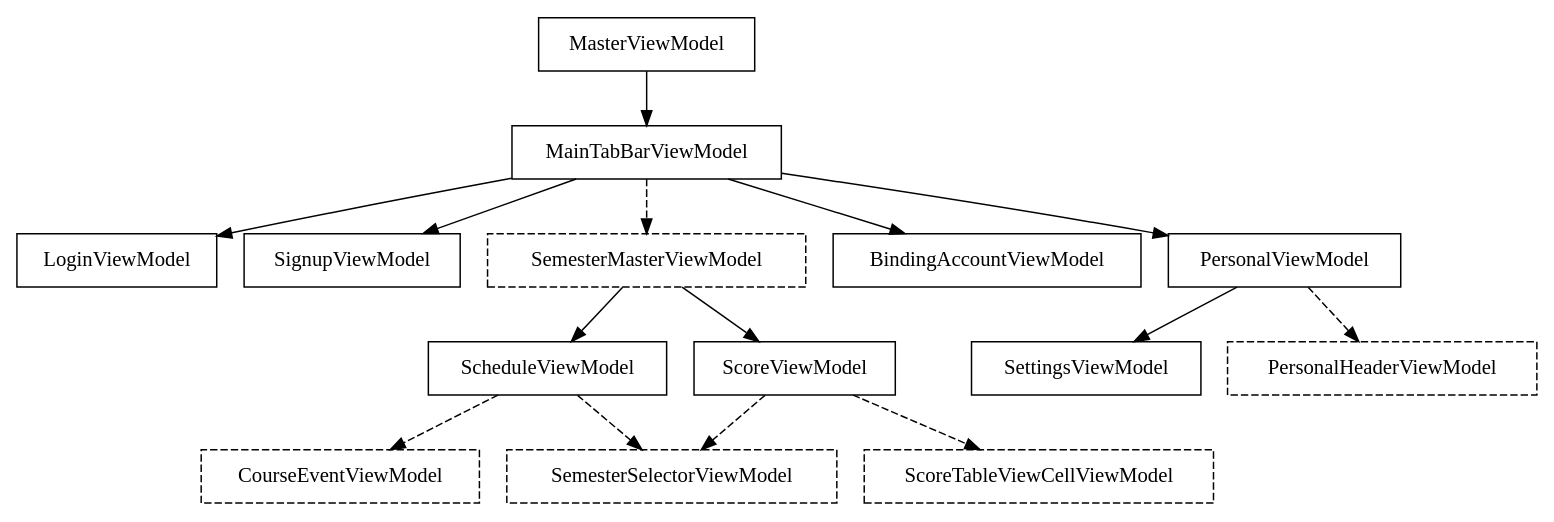
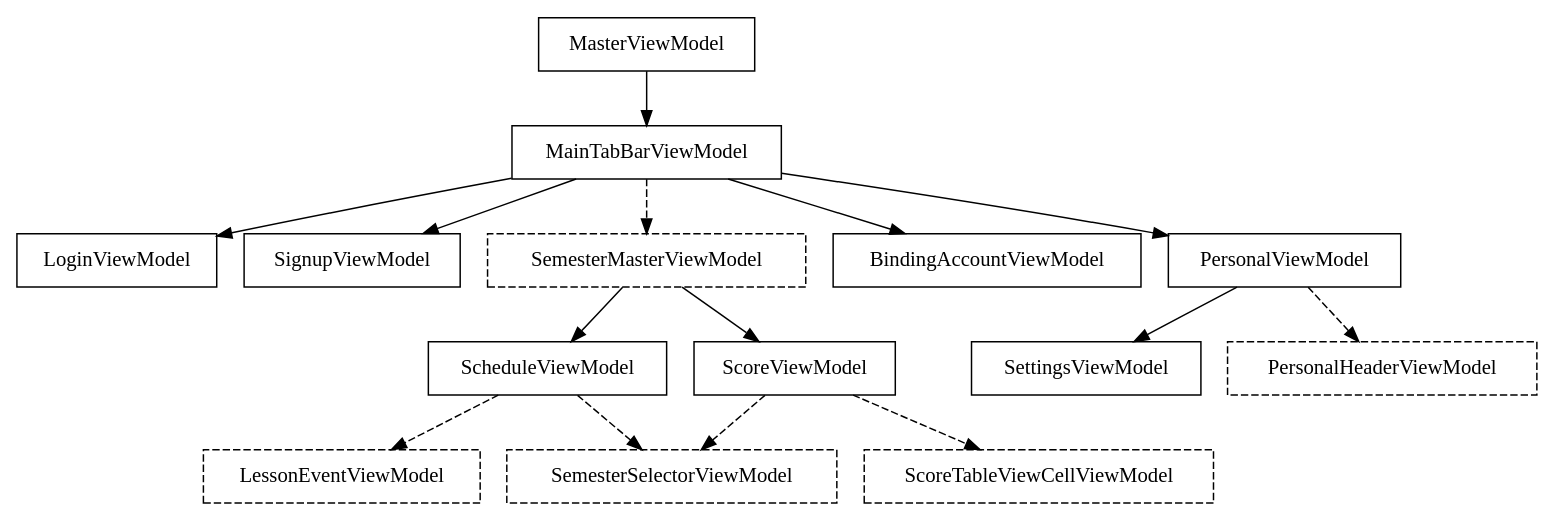
One commit to ty0x2333/XujcClient-iOS changed the diagram in Graphviz/ViewModel.dot. Above: the diagram before and after it, drawn with Graphviz. The commit also changed 17 other files, not shown here.

Commit message:
M rename Course to Lesson

```diff
--- a/Graphviz/ViewModel.dot
+++ b/Graphviz/ViewModel.dot
@@ -1,29 +1,29 @@
 digraph ViewModel{
 	node[shape = record];
 
 	MasterViewModel->MainTabBarViewModel;
 
 	MainTabBarViewModel->LoginViewModel;
 	MainTabBarViewModel->SignupViewModel;
 	MainTabBarViewModel->SemesterMasterViewModel[style = dashed];
 	MainTabBarViewModel->BindingAccountViewModel;
 	MainTabBarViewModel->PersonalViewModel;
 
 	SemesterMasterViewModel[style = dashed];
 	SemesterMasterViewModel->ScheduleViewModel;
 	SemesterMasterViewModel->ScoreViewModel;
 
-	ScheduleViewModel->CourseEventViewModel[style = dashed];
+	ScheduleViewModel->LessonEventViewModel[style = dashed];
 	ScheduleViewModel->SemesterSelectorViewModel[style = dashed];
-	CourseEventViewModel[style = dashed];
+	LessonEventViewModel[style = dashed];
 
 	ScoreViewModel->ScoreTableViewCellViewModel[style = dashed];
 	ScoreViewModel->SemesterSelectorViewModel[style = dashed];
 	ScoreTableViewCellViewModel[style = dashed];
 
 	SemesterSelectorViewModel[style = dashed];
 
 	PersonalViewModel->SettingsViewModel;
 	PersonalViewModel->PersonalHeaderViewModel[style = dashed];
 	PersonalHeaderViewModel[style = dashed];
 }
```
